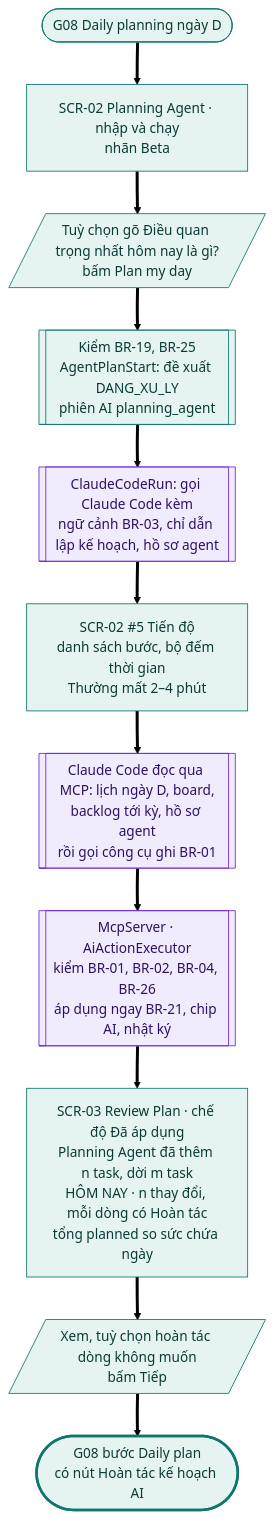
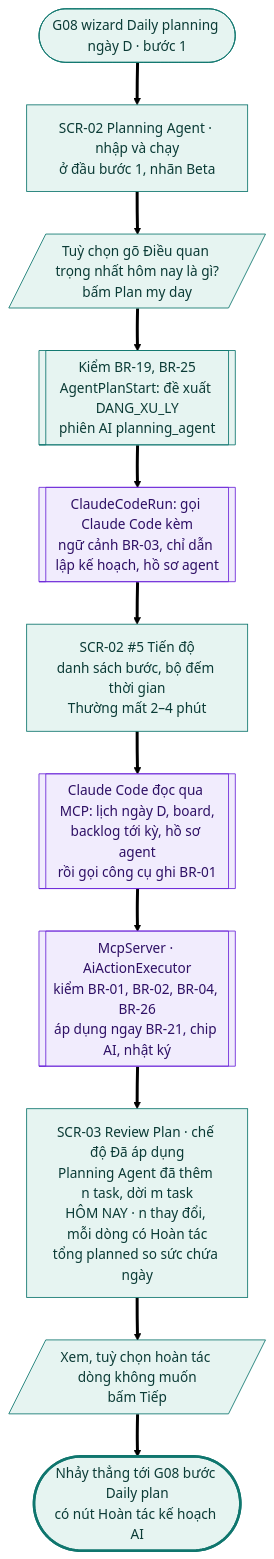
The third of 29 diagrams in docs/design-brief/flow/g10-tro-ly-ai.md (tannguyenho/personal-app), drawn with Mermaid (forest theme) before and after one commit. The commit also changed other lines of this file and 6 other files, not shown here.

First line of the commit message:
docs(G01, G10): áp quyết định PO 09/11 vào SRS, PRD, flow; IA trỏ mã mới

````diff
--- a/docs/design-brief/flow/g10-tro-ly-ai.md
+++ b/docs/design-brief/flow/g10-tro-ly-ai.md
@@ -126,29 +126,29 @@
 ```mermaid
 flowchart TD
-  start(["G08 Daily planning ngày D"])
-  s1["SCR-02 Planning Agent · nhập và chạy<br/>nhãn Beta"]
+  start(["G08 wizard Daily planning ngày D · bước 1"])
+  s1["SCR-02 Planning Agent · nhập và chạy<br/>ở đầu bước 1, nhãn Beta"]
   u1[/"Tuỳ chọn gõ Điều quan trọng nhất hôm nay là gì?<br/>bấm Plan my day"/]
   p1[["Kiểm BR-19, BR-25<br/>AgentPlanStart: đề xuất DANG_XU_LY<br/>phiên AI planning_agent"]]
   p2[["ClaudeCodeRun: gọi Claude Code kèm<br/>ngữ cảnh BR-03, chỉ dẫn lập kế hoạch, hồ sơ agent"]]
   s2["SCR-02 #5 Tiến độ<br/>danh sách bước, bộ đếm thời gian<br/>Thường mất 2–4 phút"]
   p3[["Claude Code đọc qua MCP: lịch ngày D, board,<br/>backlog tới kỳ, hồ sơ agent<br/>rồi gọi công cụ ghi BR-01"]]
   p4[["McpServer · AiActionExecutor<br/>kiểm BR-01, BR-02, BR-04, BR-26<br/>áp dụng ngay BR-21, chip AI, nhật ký"]]
   s3["SCR-03 Review Plan · chế độ Đã áp dụng<br/>Planning Agent đã thêm n task, dời m task<br/>HÔM NAY · n thay đổi, mỗi dòng có Hoàn tác<br/>tổng planned so sức chứa ngày"]
   u2[/"Xem, tuỳ chọn hoàn tác dòng không muốn<br/>bấm Tiếp"/]
-  ok(["G08 bước Daily plan<br/>có nút Hoàn tác kế hoạch AI"])
+  ok(["Nhảy thẳng tới G08 bước Daily plan<br/>có nút Hoàn tác kế hoạch AI"])
 
   start ==> s1 ==> u1 ==> p1 ==> p2 ==> s2 ==> p3 ==> p4 ==> s3 ==> u2 ==> ok
 
   class start,s1,u1,p1,s2,s3,u2 happy
   class p2,p3,p4 ai
   class ok done
   classDef happy fill:#E6F4F1,stroke:#0F766E,color:#0B3B36
   classDef alt fill:#F1F3F5,stroke:#6B7280,color:#1F2937
   classDef err fill:#FDECEC,stroke:#B42318,color:#5C1010
   classDef warn fill:#FEF4E2,stroke:#B45309,color:#4A2604
   classDef ai fill:#F1ECFD,stroke:#6D28D9,color:#2E1065
   classDef sync fill:#FFFFFF,stroke:#6B7280,stroke-dasharray:4 3,color:#1F2937
   classDef link fill:#FFFFFF,stroke:#0F766E,stroke-dasharray:4 3,color:#0B3B36
   classDef done fill:#E6F4F1,stroke:#0F766E,stroke-width:3px,color:#0B3B36
   classDef fail fill:#FDECEC,stroke:#B42318,stroke-width:3px,color:#5C1010
 ```
````
